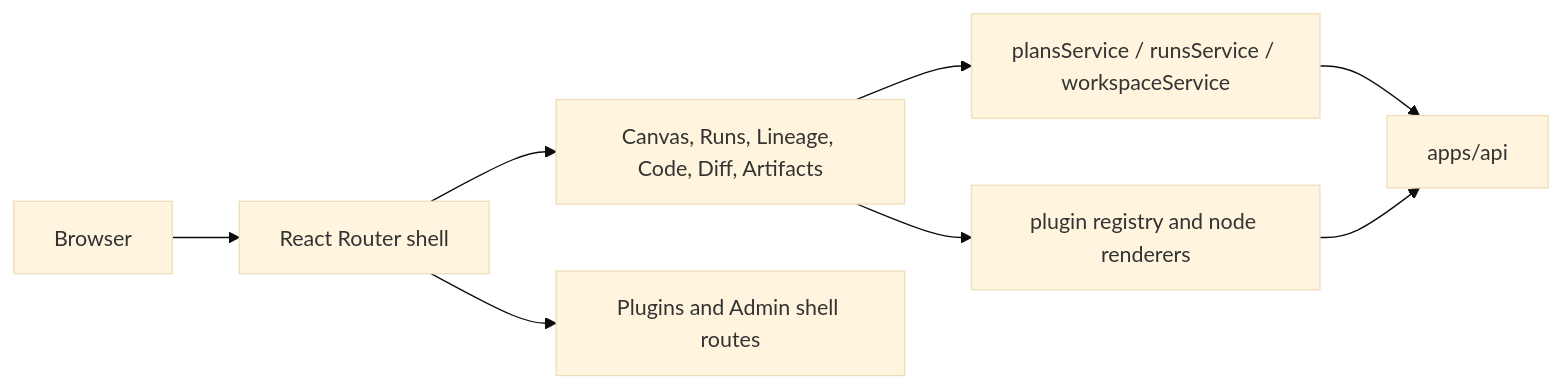
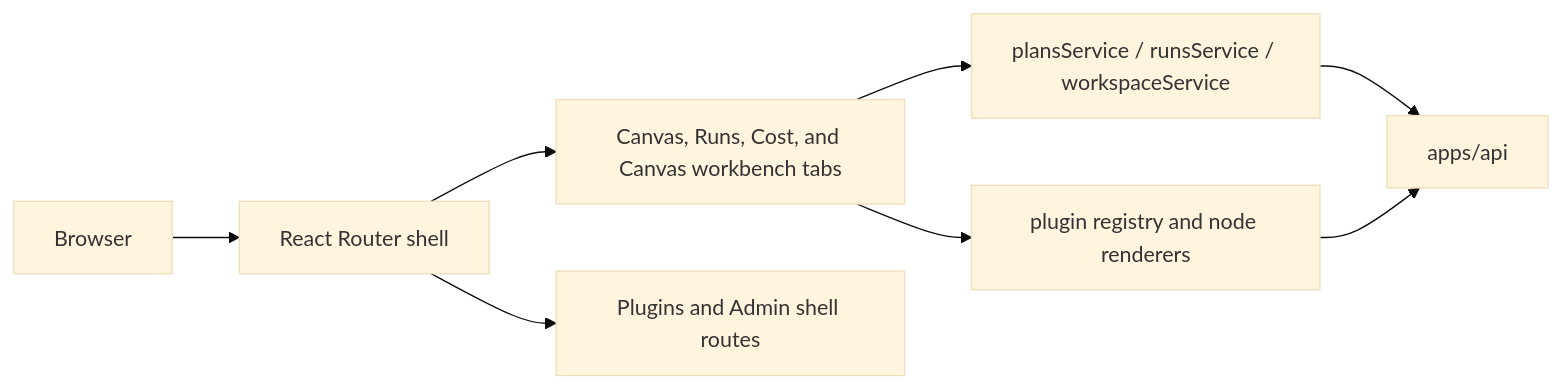
One commit to dunay2/dvt changed the diagram in docs/architecture/components/web/index.md. Above: the diagram before and after it, drawn with Mermaid (base theme). The commit also changed other lines of this file and 1 other file, not shown here.

````diff
--- a/docs/architecture/components/web/index.md
+++ b/docs/architecture/components/web/index.md
@@ -74,10 +74,10 @@
 ```mermaid
 flowchart LR
   Browser["Browser"] --> Router["React Router shell"]
-  Router --> Views["Canvas, Runs, Lineage, Code, Diff, Artifacts"]
+  Router --> Views["Canvas, Runs, Cost, and Canvas workbench tabs"]
   Router --> Shell["Plugins and Admin shell routes"]
   Views --> Services["plansService / runsService / workspaceService"]
   Views --> Plugins["plugin registry and node renderers"]
   Services --> Api["apps/api"]
   Plugins --> Api
 ```
````
